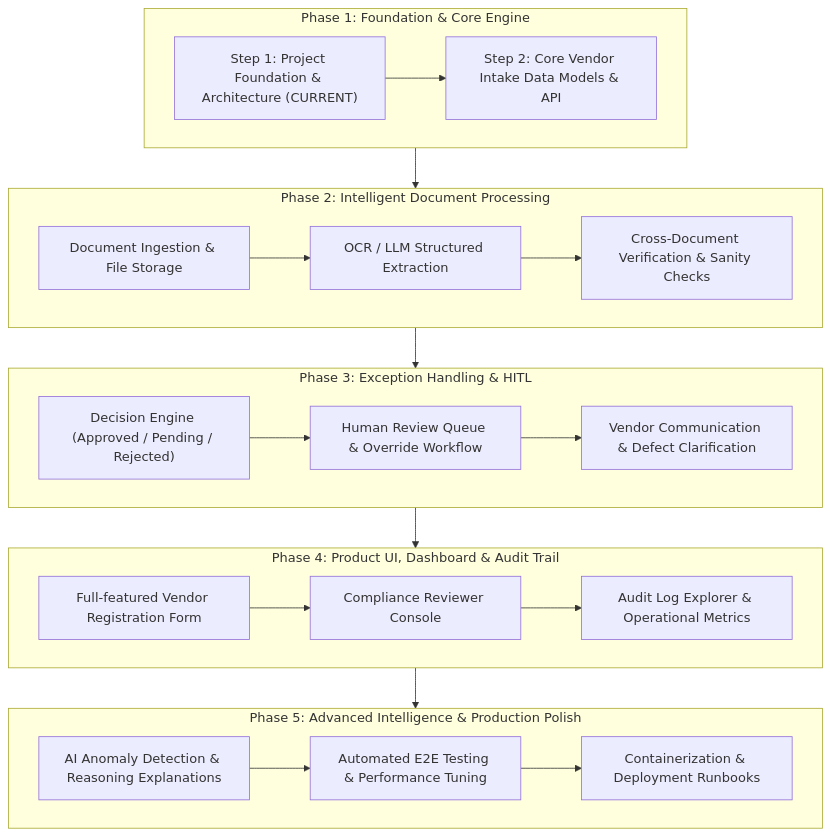
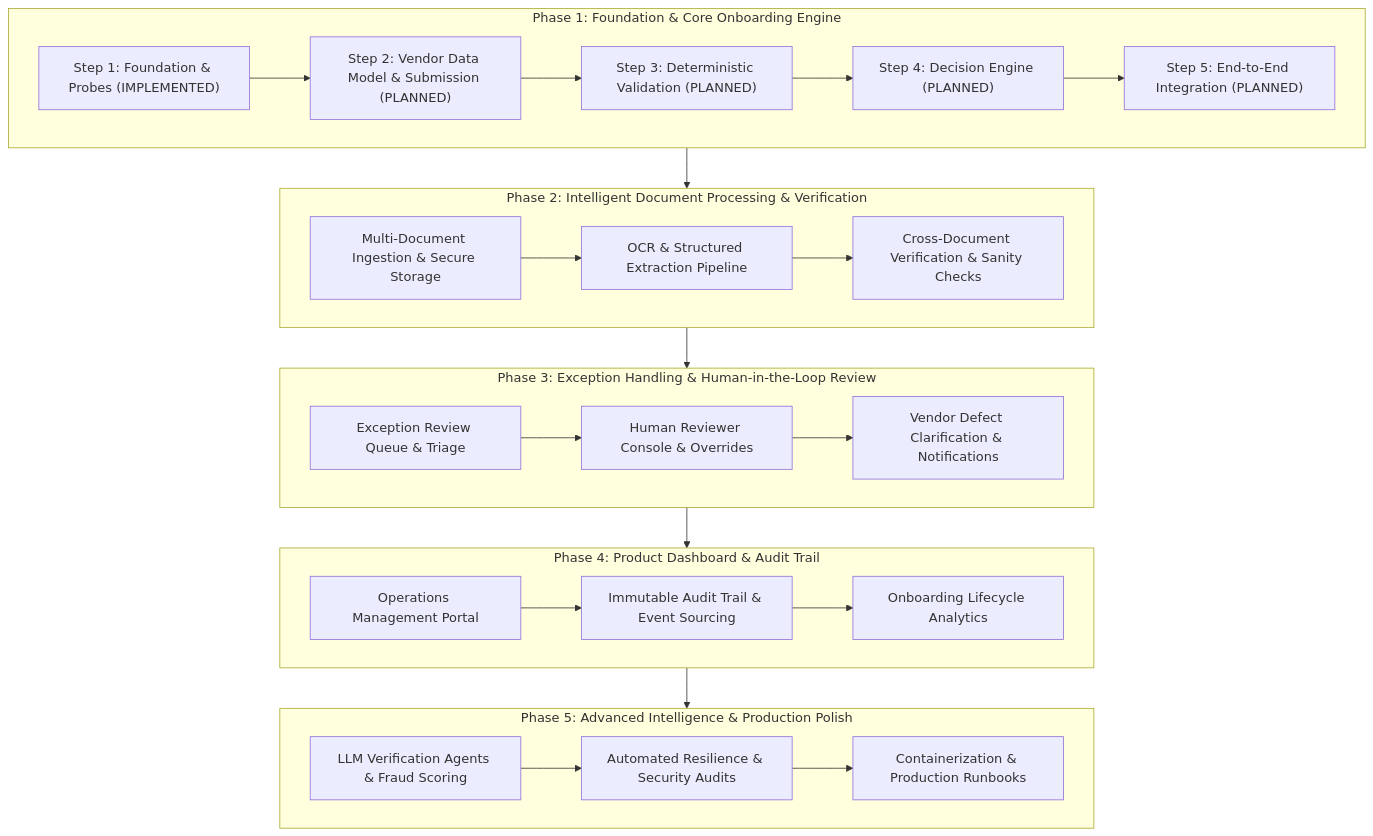
One commit to Tocoung/Zamp changed the diagram in docs/architecture.md. Above: the diagram before and after it, drawn with Mermaid. The commit also changed other lines of this file and 12 other files, not shown here.

Commit message:
feat(hardening): implement Step 1.1 foundation hardening and architecture alignment

````diff
--- a/docs/architecture.md
+++ b/docs/architecture.md
@@ -135,31 +149,34 @@
 ```mermaid
 flowchart TD
-    subgraph P1["Phase 1: Foundation & Core Engine"]
-        F1["Step 1: Project Foundation & Architecture (CURRENT)"] --> F2["Step 2: Core Vendor Intake Data Models & API"]
+    subgraph P1["Phase 1: Foundation & Core Onboarding Engine"]
+        F1["Step 1: Foundation & Probes (IMPLEMENTED)"] --> F2["Step 2: Vendor Data Model & Submission (PLANNED)"]
+        F2 --> F3["Step 3: Deterministic Validation (PLANNED)"]
+        F3 --> F4["Step 4: Decision Engine (PLANNED)"]
+        F4 --> F5["Step 5: End-to-End Integration (PLANNED)"]
     end
 
-    subgraph P2["Phase 2: Intelligent Document Processing"]
-        D1["Document Ingestion & File Storage"] --> D2["OCR / LLM Structured Extraction"]
+    subgraph P2["Phase 2: Intelligent Document Processing & Verification"]
+        D1["Multi-Document Ingestion & Secure Storage"] --> D2["OCR & Structured Extraction Pipeline"]
         D2 --> D3["Cross-Document Verification & Sanity Checks"]
     end
 
-    subgraph P3["Phase 3: Exception Handling & HITL"]
-        E1["Decision Engine (Approved / Pending / Rejected)"] --> E2["Human Review Queue & Override Workflow"]
-        E2 --> E3["Vendor Communication & Defect Clarification"]
+    subgraph P3["Phase 3: Exception Handling & Human-in-the-Loop Review"]
+        E1["Exception Review Queue & Triage"] --> E2["Human Reviewer Console & Overrides"]
+        E2 --> E3["Vendor Defect Clarification & Notifications"]
     end
 
-    subgraph P4["Phase 4: Product UI, Dashboard & Audit Trail"]
-        U1["Full-featured Vendor Registration Form"] --> U2["Compliance Reviewer Console"]
-        U2 --> U3["Audit Log Explorer & Operational Metrics"]
+    subgraph P4["Phase 4: Product Dashboard & Audit Trail"]
+        U1["Operations Management Portal"] --> U2["Immutable Audit Trail & Event Sourcing"]
+        U2 --> U3["Onboarding Lifecycle Analytics"]
     end
 
     subgraph P5["Phase 5: Advanced Intelligence & Production Polish"]
-        A1["AI Anomaly Detection & Reasoning Explanations"] --> A2["Automated E2E Testing & Performance Tuning"]
-        A2 --> A3["Containerization & Deployment Runbooks"]
+        A1["LLM Verification Agents & Fraud Scoring"] --> A2["Automated Resilience & Security Audits"]
+        A2 --> A3["Containerization & Production Runbooks"]
     end
 
     P1 --> P2
     P2 --> P3
     P3 --> P4
     P4 --> P5
 ```
````
